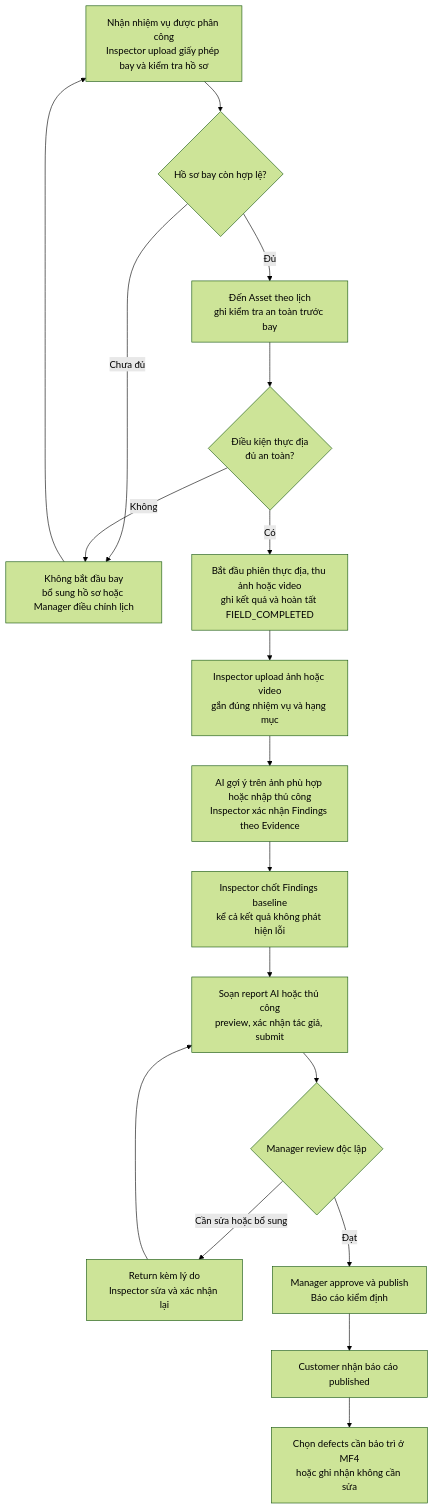
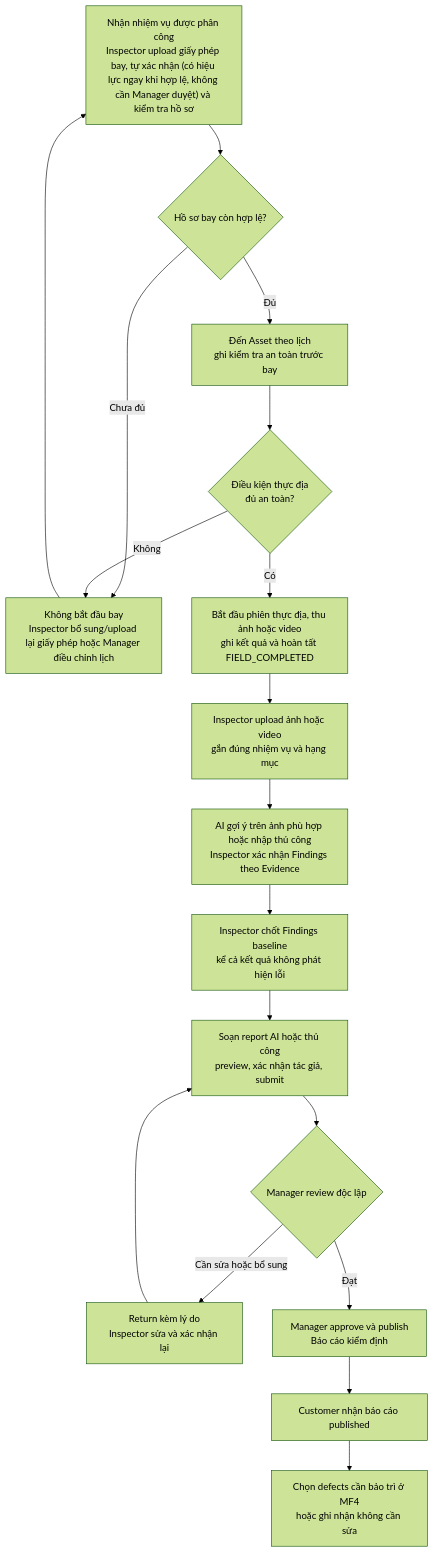
Before and after one commit to tungbach12/SmartDroneInspection-Docs: the fifth of 5 diagrams in bao-cao-thay-doi-mainflows-5-roles.md, drawn with Mermaid (forest theme). The commit also changed other lines of this file and 7 other files, not shown here.

````diff
--- a/bao-cao-thay-doi-mainflows-5-roles.md
+++ b/bao-cao-thay-doi-mainflows-5-roles.md
@@ -303,20 +303,20 @@
 ```mermaid
 flowchart TD
-  P["Nhận nhiệm vụ được phân công<br/>Inspector upload giấy phép bay và kiểm tra hồ sơ"] --> Q{"Hồ sơ bay còn hợp lệ?"}
-  Q -->|"Chưa đủ"| R["Không bắt đầu bay<br/>bổ sung hồ sơ hoặc Manager điều chỉnh lịch"]
+  P["Nhận nhiệm vụ được phân công<br/>Inspector upload giấy phép bay, tự xác nhận (có hiệu lực ngay khi hợp lệ, không cần Manager duyệt) và kiểm tra hồ sơ"] --> Q{"Hồ sơ bay còn hợp lệ?"}
+  Q -->|"Chưa đủ"| R["Không bắt đầu bay<br/>Inspector bổ sung/upload lại giấy phép hoặc Manager điều chỉnh lịch"]
   R --> P
   Q -->|"Đủ"| S["Đến Asset theo lịch<br/>ghi kiểm tra an toàn trước bay"]
   S --> V{"Điều kiện thực địa<br/>đủ an toàn?"}
   V -->|"Không"| R
   V -->|"Có"| U["Bắt đầu phiên thực địa, thu ảnh hoặc video<br/>ghi kết quả và hoàn tất FIELD_COMPLETED"]
   U --> A["Inspector upload ảnh hoặc video<br/>gắn đúng nhiệm vụ và hạng mục"]
   A --> B["AI gợi ý trên ảnh phù hợp hoặc nhập thủ công<br/>Inspector xác nhận Findings theo Evidence"]
   B --> C["Inspector chốt Findings baseline<br/>kể cả kết quả không phát hiện lỗi"]
   C --> D["Soạn report AI hoặc thủ công<br/>preview, xác nhận tác giả, submit"]
   D --> E{"Manager review độc lập"}
   E -->|"Cần sửa hoặc bổ sung"| F["Return kèm lý do<br/>Inspector sửa và xác nhận lại"]
   F --> D
   E -->|"Đạt"| G["Manager approve và publish<br/>Báo cáo kiểm định"]
   G --> H["Customer nhận báo cáo published"]
   H --> J["Chọn defects cần bảo trì ở MF4<br/>hoặc ghi nhận không cần sửa"]
 ```
````
